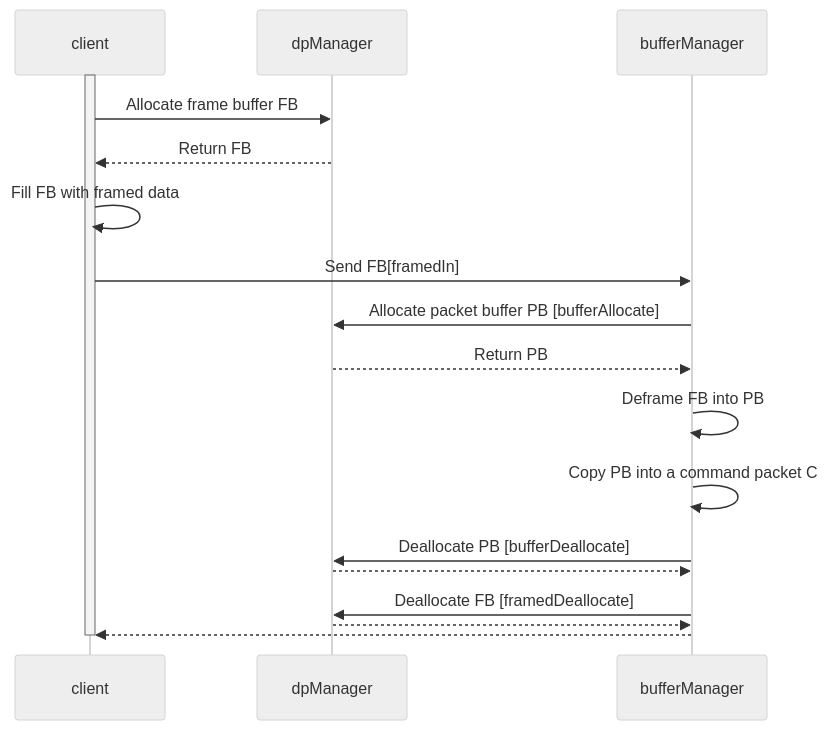
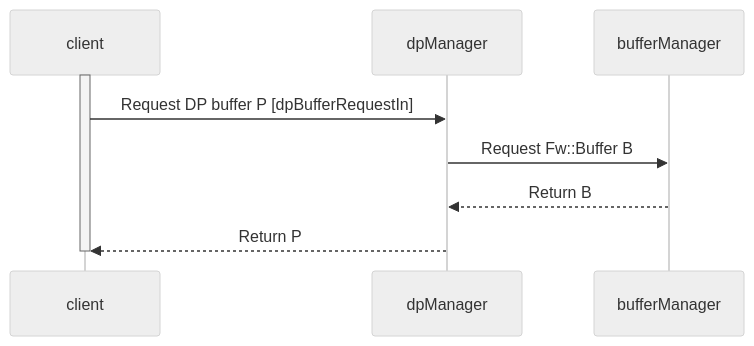
The diagram in Svc/DpManager/docs/sdd.md (bocchino/fprime), drawn with Mermaid (neutral theme) before and after one commit. The commit also changed other lines of this file, not shown here.

Commit message:
Revise SDD diagram for DpManager

````diff
--- a/Svc/DpManager/docs/sdd.md
+++ b/Svc/DpManager/docs/sdd.md
@@ -142,18 +142,9 @@
 ```mermaid
 sequenceDiagram
     activate client
-    client->>dpManager: Allocate frame buffer FB
-    dpManager-->>client: Return FB
-    client->>client: Fill FB with framed data
-    client->>bufferManager: Send FB[framedIn]
-    bufferManager->>dpManager: Allocate packet buffer PB [bufferAllocate]
-    dpManager-->>bufferManager: Return PB
-    bufferManager->>bufferManager: Deframe FB into PB
-    bufferManager->>bufferManager: Copy PB into a command packet C
-    bufferManager->>dpManager: Deallocate PB [bufferDeallocate]
-    dpManager-->>bufferManager: 
-    bufferManager->>dpManager: Deallocate FB [framedDeallocate]
-    dpManager-->>bufferManager: 
-    bufferManager-->>client: 
+    client->>dpManager: Request DP buffer P [dpBufferRequestIn]
+    dpManager ->>bufferManager: Request Fw::Buffer B
+    bufferManager-->>dpManager: Return B
+    dpManager-->>client: Return P
     deactivate  client 
 ```
````
